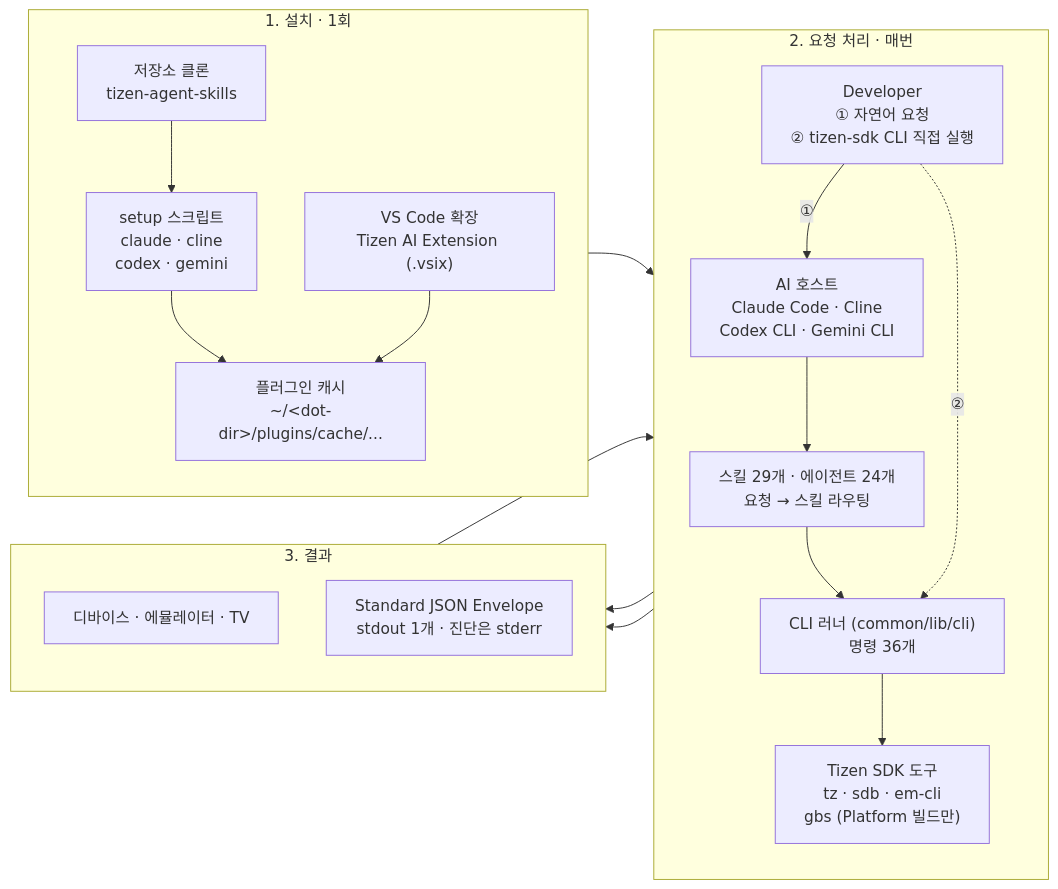
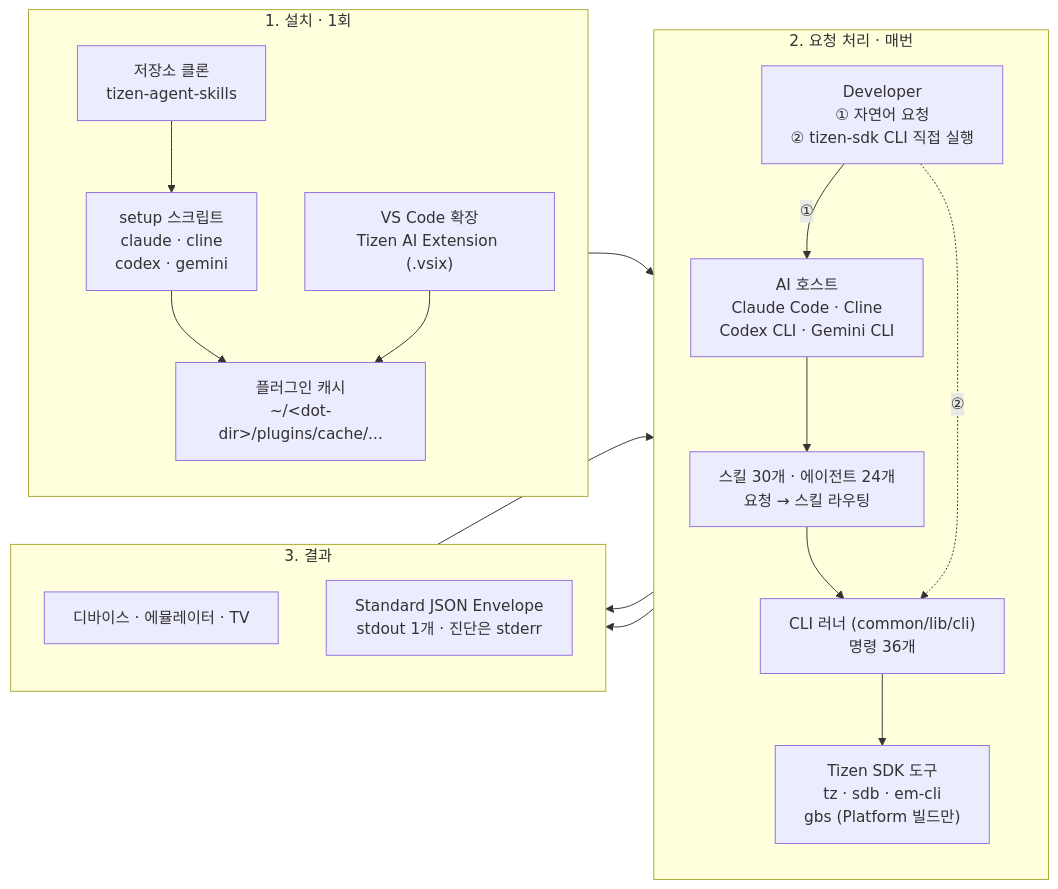
One commit to Samsung/tizen-agent-skills changed the first of 2 diagrams in tizen-sdk-skills/quick-guide.ko.md. Above: the diagram before and after it, drawn with Mermaid. The commit also changed 23 other files, not shown here.

````diff
--- a/tizen-sdk-skills/quick-guide.ko.md
+++ b/tizen-sdk-skills/quick-guide.ko.md
@@ -11,33 +11,33 @@
 ```mermaid
 flowchart LR
     subgraph S1["1. 설치 · 1회"]
         direction TB
         Clone["저장소 클론<br/>tizen-agent-skills"] --> Setup["setup 스크립트<br/>claude · cline<br/>codex · gemini"]
         VSIX["VS Code 확장<br/>Tizen AI Extension (.vsix)"]
         Setup --> Cache["플러그인 캐시<br/>~/&lt;dot-dir&gt;/plugins/cache/..."]
         VSIX --> Cache
     end
 
     subgraph S2["2. 요청 처리 · 매번"]
         direction TB
         Dev["Developer<br/>① 자연어 요청<br/>② tizen-sdk CLI 직접 실행"]
         Host["AI 호스트<br/>Claude Code · Cline<br/>Codex CLI · Gemini CLI"]
-        Skill["스킬 29개 · 에이전트 24개<br/>요청 → 스킬 라우팅"]
+        Skill["스킬 30개 · 에이전트 24개<br/>요청 → 스킬 라우팅"]
         Runner["CLI 러너 (common/lib/cli)<br/>명령 36개"]
         Tools["Tizen SDK 도구<br/>tz · sdb · em-cli<br/>gbs (Platform 빌드만)"]
         Dev -->|①| Host --> Skill --> Runner
         Dev -.->|②| Runner
         Runner --> Tools
     end
 
     subgraph S3["3. 결과"]
         direction TB
         Target["디바이스 · 에뮬레이터 · TV"]
         Env["Standard JSON Envelope<br/>stdout 1개 · 진단은 stderr"]
     end
 
     Cache --> Skill
     Tools --> Target
     Runner --> Env
     Env --> Host
 ```
````
